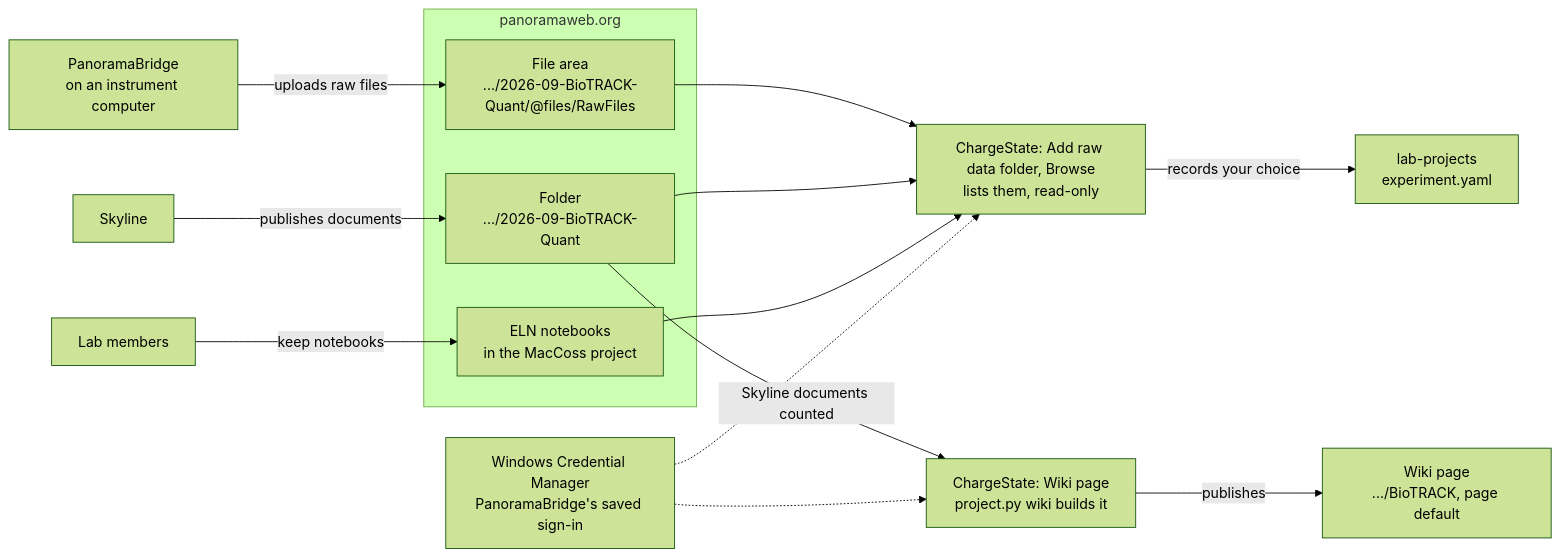
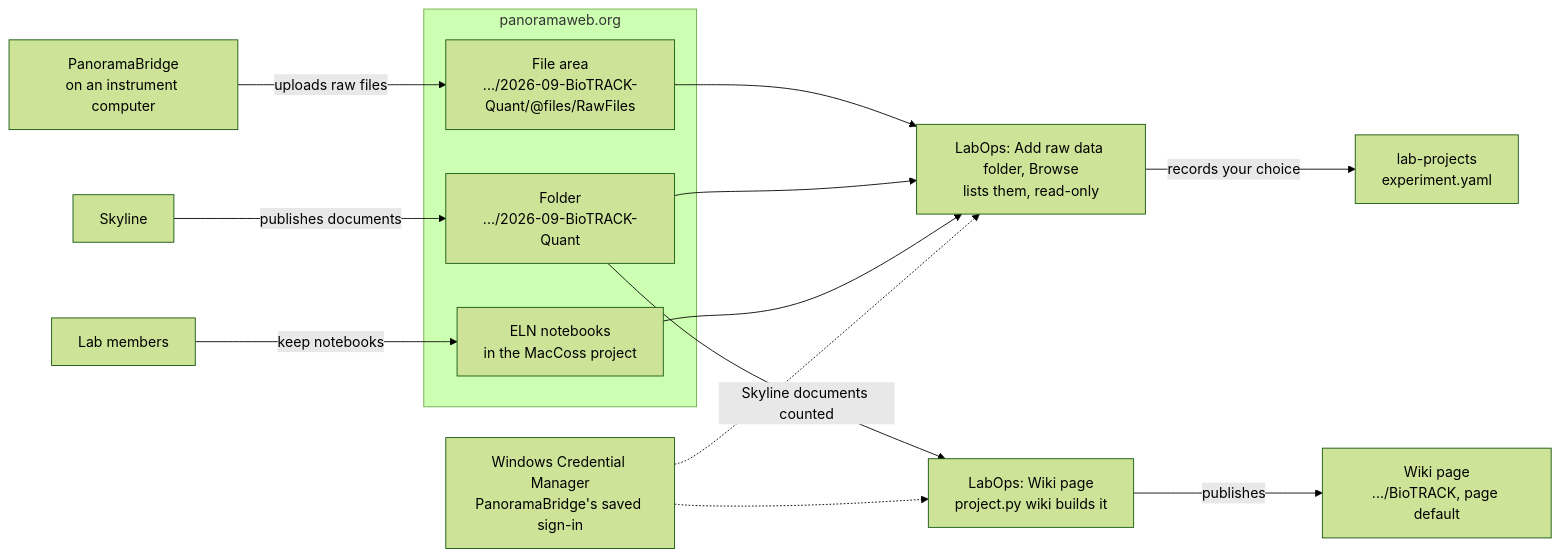
One commit to uw-maccosslab/LabOps changed the second of 6 diagrams in docs/architecture.md. Above: the diagram before and after it, drawn with Mermaid (forest theme). The commit also changed other lines of this file and 258 other files, not shown here.

First line of the commit message:
Rename the app from ChargeState to LabOps

````diff
--- a/docs/architecture.md
+++ b/docs/architecture.md
@@ -67,19 +67,19 @@
 ```mermaid
 flowchart LR
     bridge["PanoramaBridge<br/>on an instrument computer"] -->|"uploads raw files"| rawFiles
     skyline["Skyline"] -->|"publishes documents"| folder
     people["Lab members"] -->|"keep notebooks"| eln
     subgraph panoramaSite["panoramaweb.org"]
         rawFiles["File area<br/>.../2026-09-BioTRACK-Quant/@files/RawFiles"]
         folder["Folder<br/>.../2026-09-BioTRACK-Quant"]
         eln["ELN notebooks<br/>in the MacCoss project"]
     end
-    rawFiles --> browse["ChargeState: Add raw data folder, Browse<br/>lists them, read-only"]
+    rawFiles --> browse["LabOps: Add raw data folder, Browse<br/>lists them, read-only"]
     folder --> browse
     eln --> browse
     creds["Windows Credential Manager<br/>PanoramaBridge's saved sign-in"] -.-> browse
     browse -->|"records your choice"| experiment["lab-projects<br/>experiment.yaml"]
-    folder -->|"Skyline documents counted"| wikiBuild["ChargeState: Wiki page<br/>project.py wiki builds it"]
+    folder -->|"Skyline documents counted"| wikiBuild["LabOps: Wiki page<br/>project.py wiki builds it"]
     wikiBuild -->|"publishes"| wikiPage["Wiki page<br/>.../BioTRACK, page default"]
     creds -.-> wikiBuild
 ```
````
